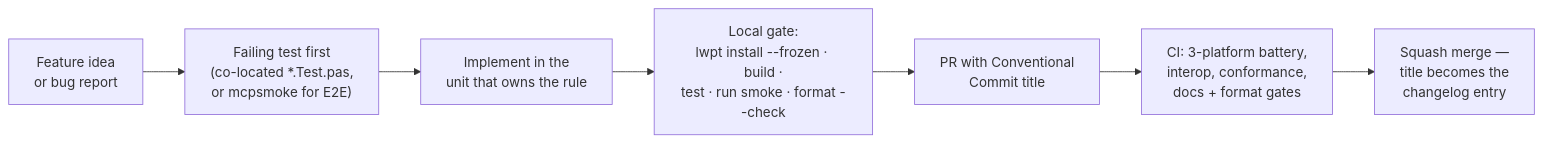
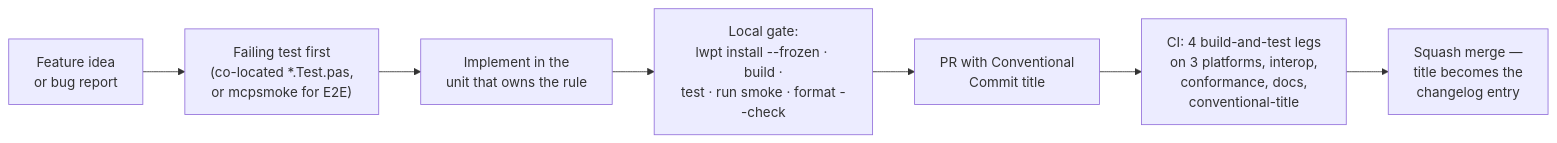
The diagram in docs/internals/contributing.md (frostney/pascal-mcp-sdk), drawn with Mermaid before and after one commit. The commit also changed other lines of this file and 3 other files, not shown here.

````diff
--- a/docs/internals/contributing.md
+++ b/docs/internals/contributing.md
@@ -18,11 +18,11 @@
 ```mermaid
 flowchart LR
     IDEA["Feature idea<br/>or bug report"]
     TEST["Failing test first<br/>(co-located *.Test.pas,<br/>or mcpsmoke for E2E)"]
     OWN["Implement in the<br/>unit that owns the rule"]
     GATE["Local gate:<br/>lwpt install --frozen · build ·<br/>test · run smoke · format --check"]
     PR["PR with Conventional<br/>Commit title"]
-    CI["CI: 3-platform battery,<br/>interop, conformance,<br/>docs + format gates"]
+    CI["CI: 4 build-and-test legs<br/>on 3 platforms, interop,<br/>conformance, docs,<br/>conventional-title"]
     MERGE["Squash merge —<br/>title becomes the<br/>changelog entry"]
     IDEA --> TEST --> OWN --> GATE --> PR --> CI --> MERGE
 ```
````
